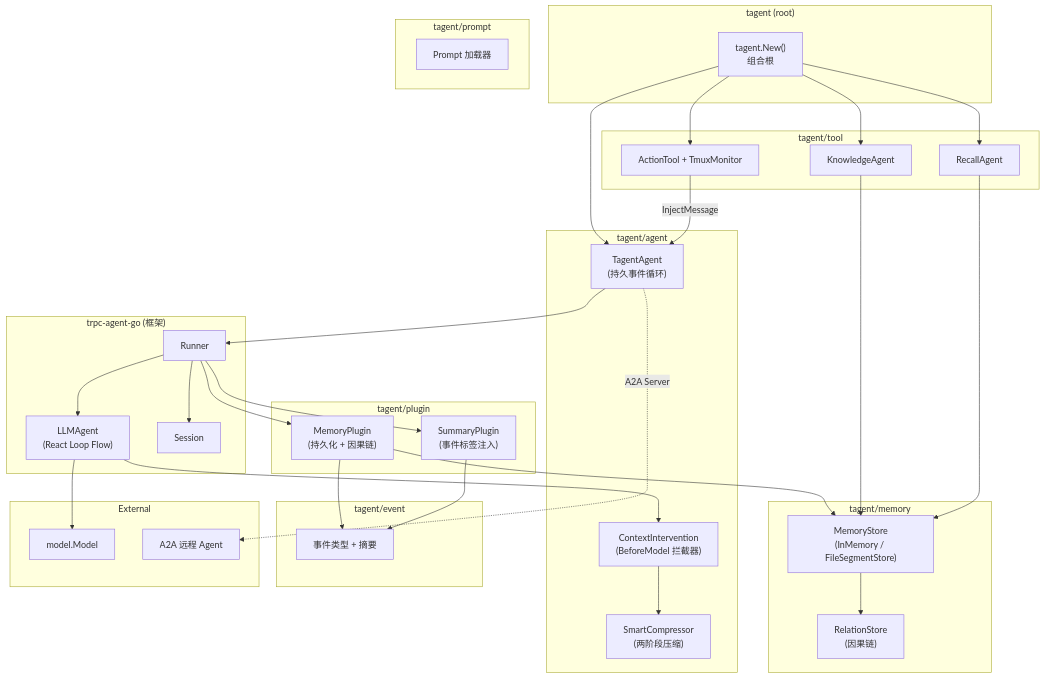
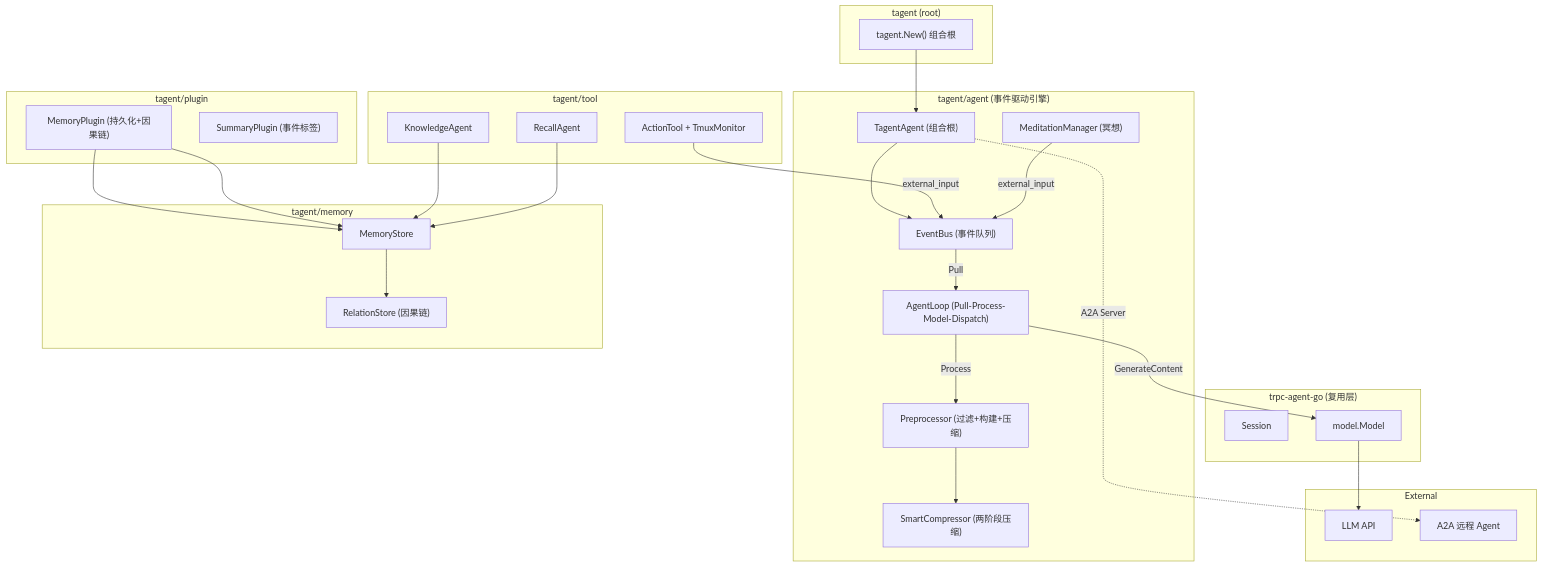
One commit to SpellingDragon/tagent changed the second of 9 diagrams in README.md. Above: the diagram before and after it, drawn with Mermaid. The commit also changed other lines of this file and 78 other files, not shown here.

````diff
--- a/README.md
+++ b/README.md
@@ -96,73 +99,60 @@
 ```mermaid
 graph TB
     subgraph "tagent (root)"
-        NEW["tagent.New()<br/>组合根"]
+        NEW["tagent.New() 组合根"]
     end
 
-    subgraph "tagent/agent"
-        TA["TagentAgent<br/>(持久事件循环)"]
-        CI["ContextIntervention<br/>(BeforeModel 拦截器)"]
-        SC["SmartCompressor<br/>(两阶段压缩)"]
+    subgraph "tagent/agent (事件驱动引擎)"
+        TA["TagentAgent (组合根)"]
+        EB["EventBus (事件队列)"]
+        AL["AgentLoop (Pull-Process-Model-Dispatch)"]
+        PP["Preprocessor (过滤+构建+压缩)"]
+        SC["SmartCompressor (两阶段压缩)"]
+        MM["MeditationManager (冥想)"]
     end
 
     subgraph "tagent/plugin"
-        MP["MemoryPlugin<br/>(持久化 + 因果链)"]
-        SP["SummaryPlugin<br/>(事件标签注入)"]
+        MP["MemoryPlugin (持久化+因果链)"]
+        SP["SummaryPlugin (事件标签)"]
     end
 
     subgraph "tagent/memory"
-        MS["MemoryStore<br/>(InMemory / FileSegmentStore)"]
-        RS["RelationStore<br/>(因果链)"]
+        MS["MemoryStore"]
+        RS["RelationStore (因果链)"]
     end
 
     subgraph "tagent/tool"
         KA["KnowledgeAgent"]
         RA["RecallAgent"]
         CT["ActionTool + TmuxMonitor"]
     end
 
-    subgraph "tagent/event"
-        ET["事件类型 + 摘要"]
-    end
-
-    subgraph "tagent/prompt"
-        PL["Prompt 加载器"]
-    end
-
-    subgraph "trpc-agent-go (框架)"
-        RUN["Runner"]
-        LLMA["LLMAgent<br/>(React Loop Flow)"]
+    subgraph "trpc-agent-go (复用层)"
         SESS["Session"]
+        MODEL["model.Model"]
     end
 
     subgraph "External"
-        LLM["model.Model"]
+        LLM["LLM API"]
         A2A["A2A 远程 Agent"]
     end
 
     NEW --> TA
-    NEW --> KA
-    NEW --> RA
-    NEW --> CT
-
-    TA --> RUN
-    RUN --> LLMA
-    RUN --> SESS
-    RUN --> MP
-    RUN --> SP
-
-    LLMA --> CI
-    CI --> SC
-    LLMA --> LLM
+    TA --> EB
+    EB -->|Pull| AL
+    AL -->|Process| PP
+    PP --> SC
+    AL -->|GenerateContent| MODEL
+    MODEL --> LLM
 
     MP --> MS
-    MP --> ET
-    SP --> ET
+    MP --> MS
     MS --> RS
 
     KA --> MS
     RA --> MS
-    CT -->|InjectMessage| TA
+    CT -->|external_input| EB
+    MM -->|external_input| EB
 
     TA -.->|A2A Server| A2A
 ```
````
